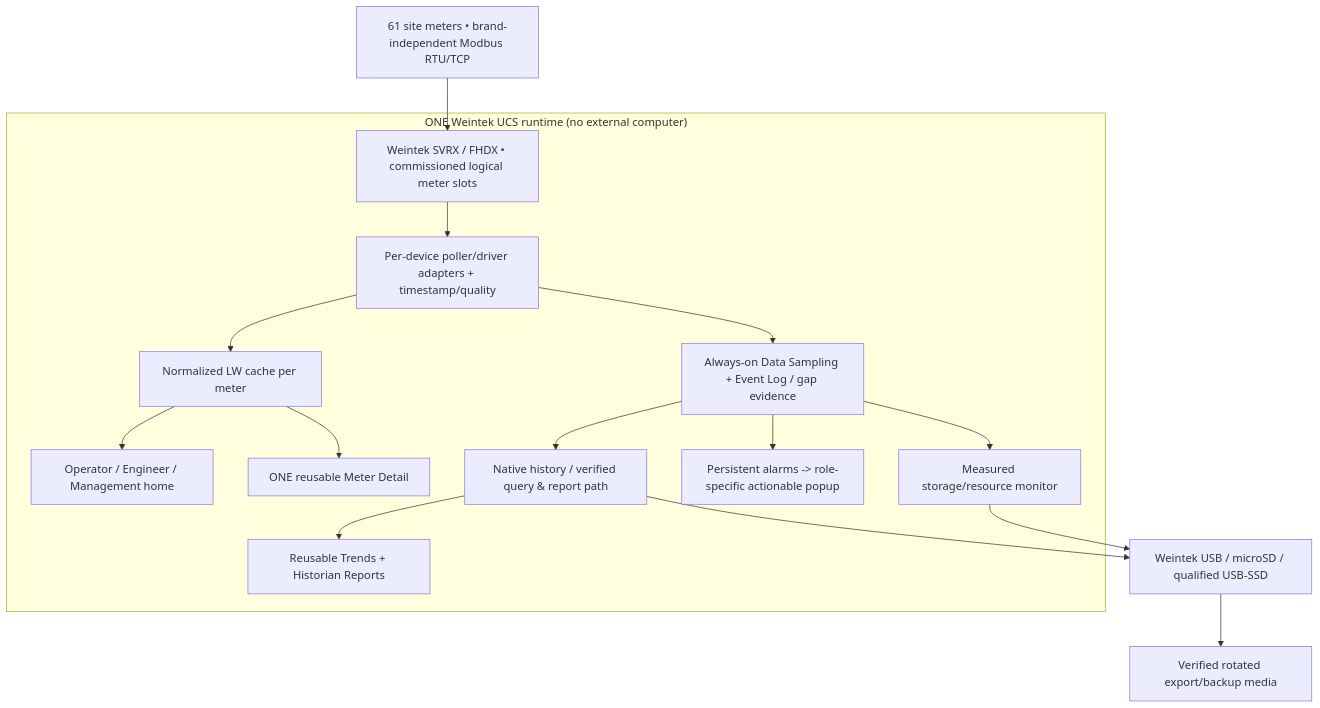
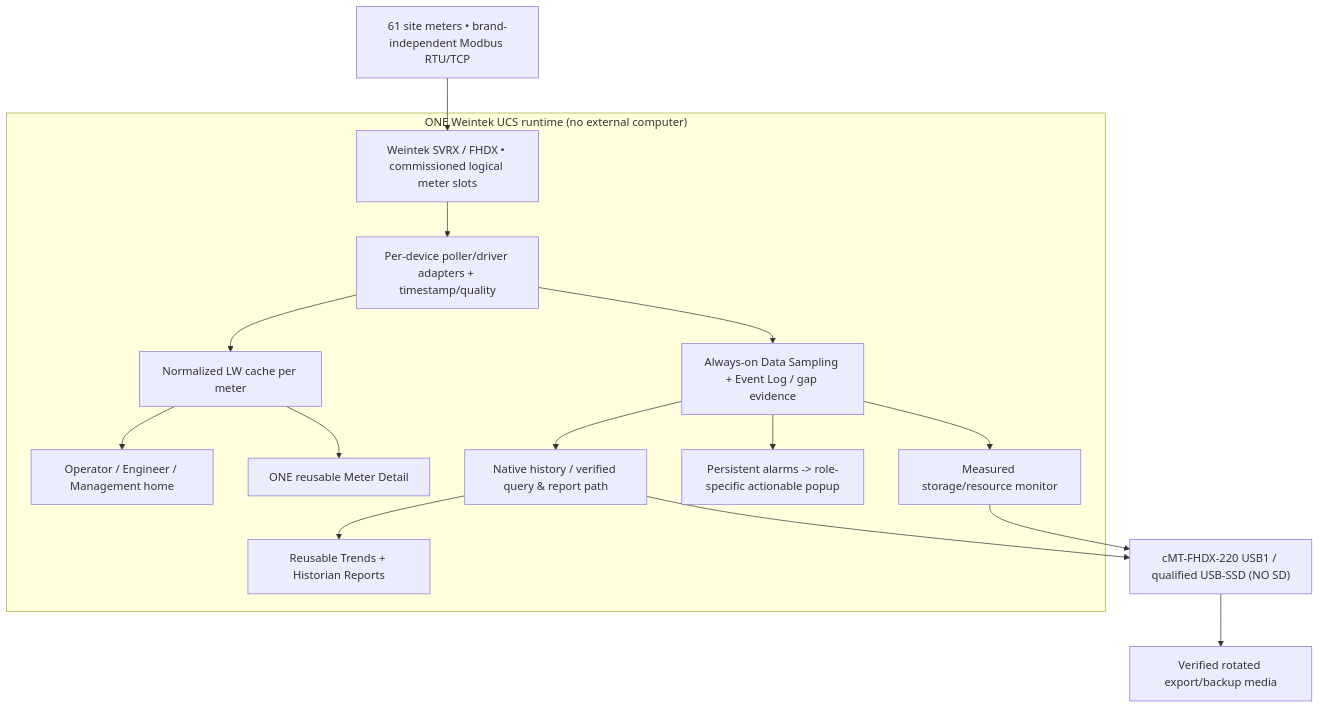
The first of 2 diagrams in docs/UCS_FINAL_MASTER_PLAN.md (raohassandev/Weintek-Macro-Javascript-based-reporting), drawn with Mermaid before and after one commit. The commit also changed other lines of this file and 14 other files, not shown here.

````diff
--- a/docs/UCS_FINAL_MASTER_PLAN.md
+++ b/docs/UCS_FINAL_MASTER_PLAN.md
@@ -16,18 +19,18 @@
 ```mermaid
 flowchart TD
   A["61 site meters • brand-independent Modbus RTU/TCP"] --> B["Weintek SVRX / FHDX • commissioned logical meter slots"]
   subgraph UCS["ONE Weintek UCS runtime (no external computer)"]
     B --> C["Per-device poller/driver adapters + timestamp/quality"]
     C --> D["Normalized LW cache per meter"]
     C --> E["Always-on Data Sampling + Event Log / gap evidence"]
     D --> F["Operator / Engineer / Management home"]
     D --> G["ONE reusable Meter Detail"]
     E --> H["Native history / verified query & report path"]
     H --> I["Reusable Trends + Historian Reports"]
     E --> J["Persistent alarms -> role-specific actionable popup"]
     E --> K["Measured storage/resource monitor"]
   end
-  H --> S["Weintek USB / microSD / qualified USB-SSD"]
+  H --> S["cMT-FHDX-220 USB1 / qualified USB-SSD (NO SD)"]
   K --> S
   S --> BACKUP["Verified rotated export/backup media"]
 ```
````
